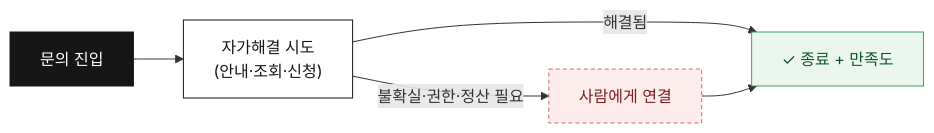
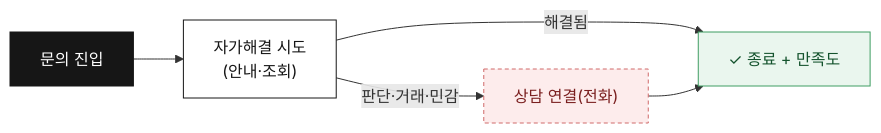
Before and after one commit to layr8x/Wiki: the eighth of 8 diagrams in analysis/myclass-chatbot/SCENARIO_PLAN.md, drawn with Mermaid. The commit also changed other lines of this file and 15 other files, not shown here.

````diff
--- a/analysis/myclass-chatbot/SCENARIO_PLAN.md
+++ b/analysis/myclass-chatbot/SCENARIO_PLAN.md
@@ -330,11 +217,11 @@
 ```mermaid
 flowchart LR
-  IN["문의 진입"]:::menu --> TRY["자가해결 시도<br/>(안내·조회·신청)"]:::step
+  IN["문의 진입"]:::menu --> TRY["자가해결 시도<br/>(안내·조회)"]:::step
   TRY -->|"해결됨"| OK["✓ 종료 + 만족도"]:::solve
-  TRY -->|"불확실·권한·정산 필요"| HO["사람에게 연결"]:::hand
+  TRY -->|"판단·거래·민감"| HO["상담 연결(전화)"]:::hand
   HO --> OK
   classDef menu fill:#161616,color:#ffffff,stroke:#161616;
   classDef step fill:#ffffff,color:#161616,stroke:#161616;
   classDef solve fill:#eaf6ee,color:#14532d,stroke:#3f9d63;
   classDef hand fill:#fdecec,color:#7a1f1f,stroke:#d06a6a,stroke-dasharray:4 3;
 ```
````
